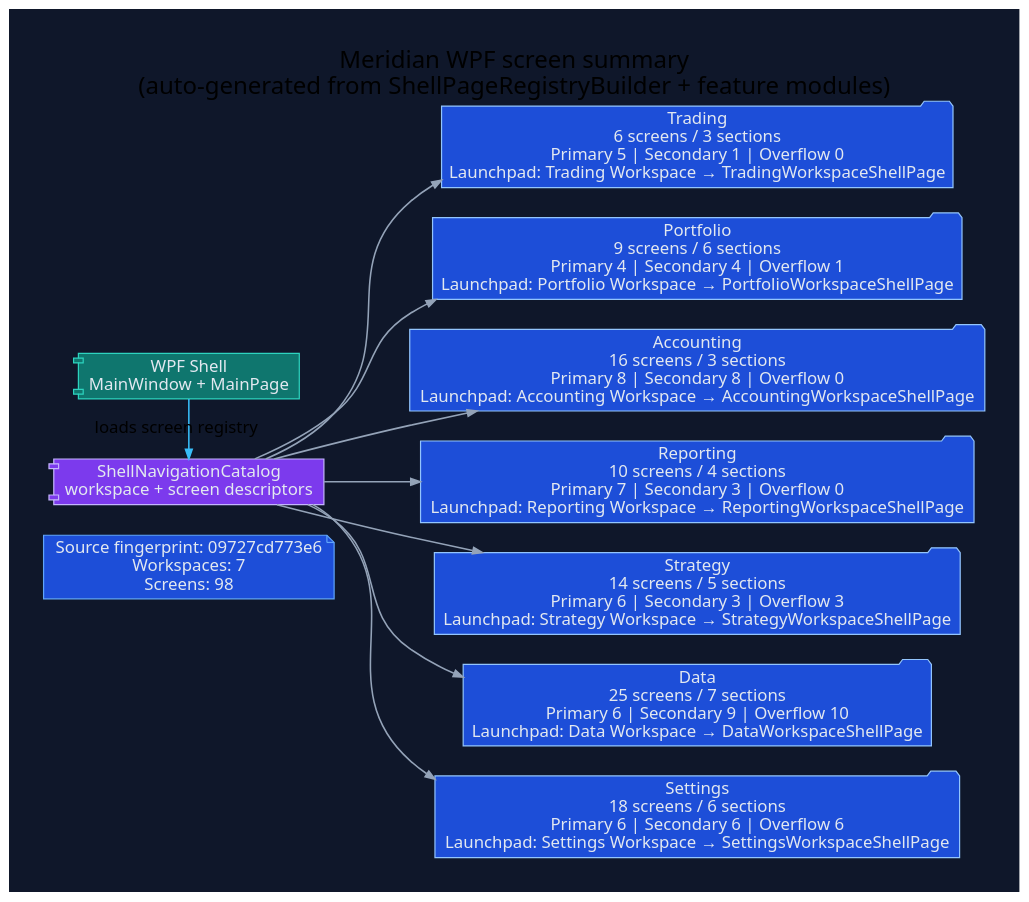
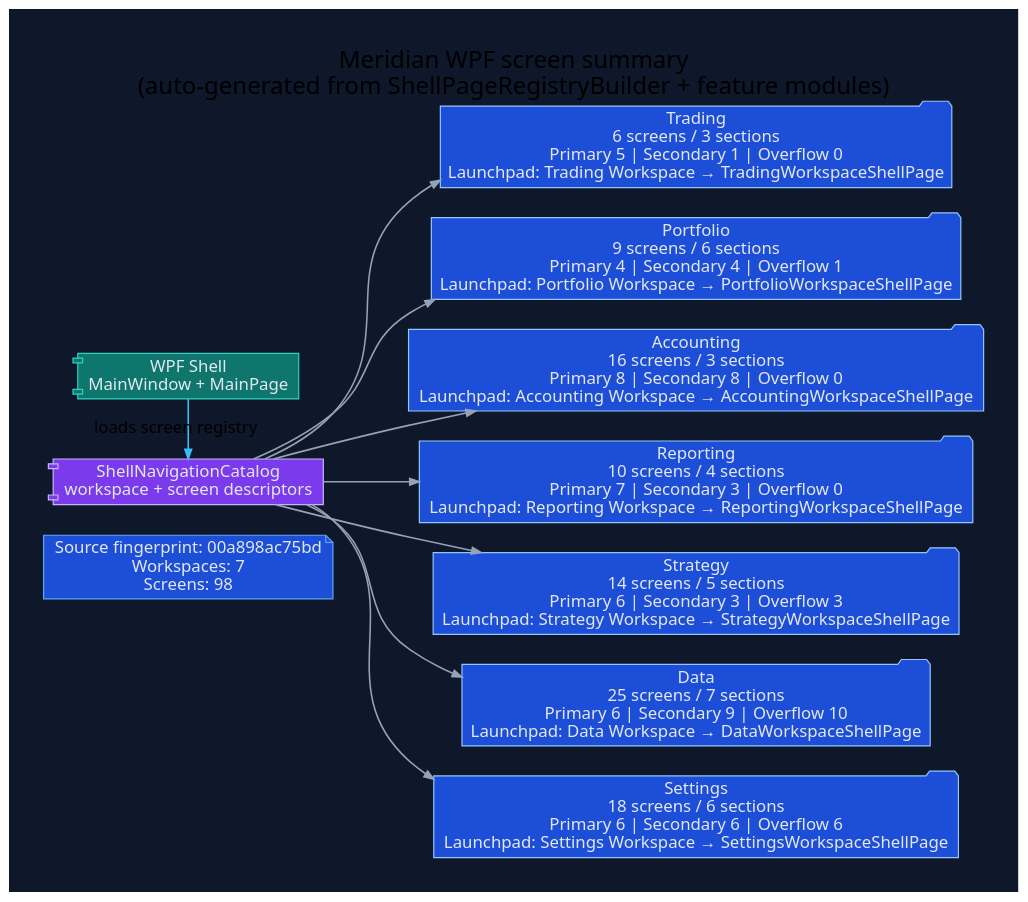
One commit to rodoHasArrived/Meridian-main changed the diagram in docs/diagrams/ui-wpf-screen-summary.dot. Above: the diagram before and after it, drawn with Graphviz. The commit also changed 62 other files, not shown here.

```diff
--- a/docs/diagrams/ui-wpf-screen-summary.dot
+++ b/docs/diagrams/ui-wpf-screen-summary.dot
@@ -1,42 +1,42 @@
 // -----------------------------------------------------------------------------
 // <auto-generated>
 // Generated by scripts/generate-diagrams.mjs.
 // Do not edit this file directly; update the WPF source files instead.
 // -----------------------------------------------------------------------------
 digraph WpfScreenSummary {
   graph [
     rankdir=LR,
     labelloc=t,
     label="Meridian WPF screen summary\n(auto-generated from ShellPageRegistryBuilder + feature modules)",
     fontname="Segoe UI",
     fontsize=20,
     pad=0.4,
     nodesep=0.35,
     ranksep=0.85,
     bgcolor="#0f172a"
   ];
   node [fontname="Segoe UI", shape=box, style="rounded,filled", color="#475569", fontcolor="#e2e8f0", fillcolor="#1e293b"];
   edge [fontname="Segoe UI", color="#94a3b8", penwidth=1.3, arrowsize=0.8];
 
-  generated [shape=note, fillcolor="#1d4ed8", color="#60a5fa", label="Source fingerprint: 09727cd773e6\nWorkspaces: 7\nScreens: 98"];
+  generated [shape=note, fillcolor="#1d4ed8", color="#60a5fa", label="Source fingerprint: 00a898ac75bd\nWorkspaces: 7\nScreens: 98"];
   shell [shape=component, fillcolor="#0f766e", color="#2dd4bf", label="WPF Shell\nMainWindow + MainPage"];
   catalog [shape=component, fillcolor="#7c3aed", color="#c4b5fd", label="ShellNavigationCatalog\nworkspace + screen descriptors"];
   shell -> catalog [label="loads screen registry", color="#38bdf8"];
 
   workspace_1 [shape=folder, fillcolor="#1d4ed8", color="#93c5fd", label="Trading\n6 screens / 3 sections\nPrimary 5 | Secondary 1 | Overflow 0\nLaunchpad: Trading Workspace → TradingWorkspaceShellPage"];
   catalog -> workspace_1;
   workspace_2 [shape=folder, fillcolor="#1d4ed8", color="#93c5fd", label="Portfolio\n9 screens / 6 sections\nPrimary 4 | Secondary 4 | Overflow 1\nLaunchpad: Portfolio Workspace → PortfolioWorkspaceShellPage"];
   catalog -> workspace_2;
   workspace_3 [shape=folder, fillcolor="#1d4ed8", color="#93c5fd", label="Accounting\n16 screens / 3 sections\nPrimary 8 | Secondary 8 | Overflow 0\nLaunchpad: Accounting Workspace → AccountingWorkspaceShellPage"];
   catalog -> workspace_3;
   workspace_4 [shape=folder, fillcolor="#1d4ed8", color="#93c5fd", label="Reporting\n10 screens / 4 sections\nPrimary 7 | Secondary 3 | Overflow 0\nLaunchpad: Reporting Workspace → ReportingWorkspaceShellPage"];
   catalog -> workspace_4;
   workspace_5 [shape=folder, fillcolor="#1d4ed8", color="#93c5fd", label="Strategy\n14 screens / 5 sections\nPrimary 6 | Secondary 3 | Overflow 3\nLaunchpad: Strategy Workspace → StrategyWorkspaceShellPage"];
   catalog -> workspace_5;
   workspace_6 [shape=folder, fillcolor="#1d4ed8", color="#93c5fd", label="Data\n25 screens / 7 sections\nPrimary 6 | Secondary 9 | Overflow 10\nLaunchpad: Data Workspace → DataWorkspaceShellPage"];
   catalog -> workspace_6;
   workspace_7 [shape=folder, fillcolor="#1d4ed8", color="#93c5fd", label="Settings\n18 screens / 6 sections\nPrimary 6 | Secondary 6 | Overflow 6\nLaunchpad: Settings Workspace → SettingsWorkspaceShellPage"];
   catalog -> workspace_7;
 
   { rank=min; generated; shell; catalog; }
 }
```
